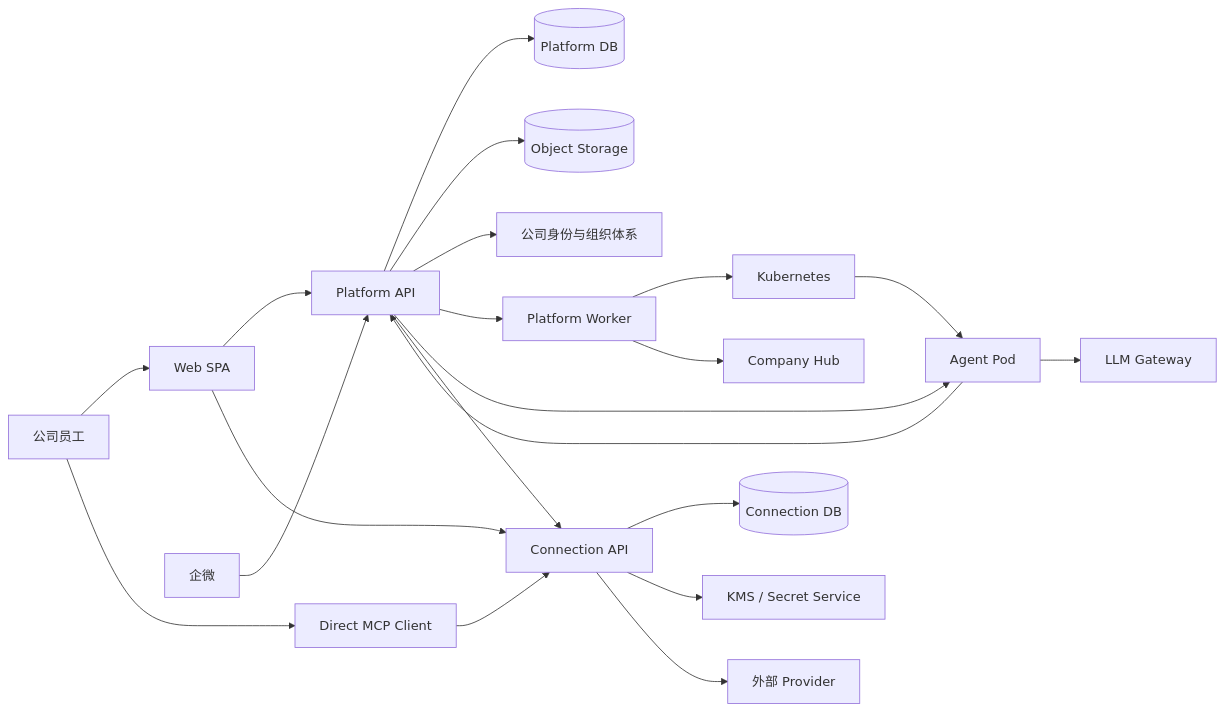
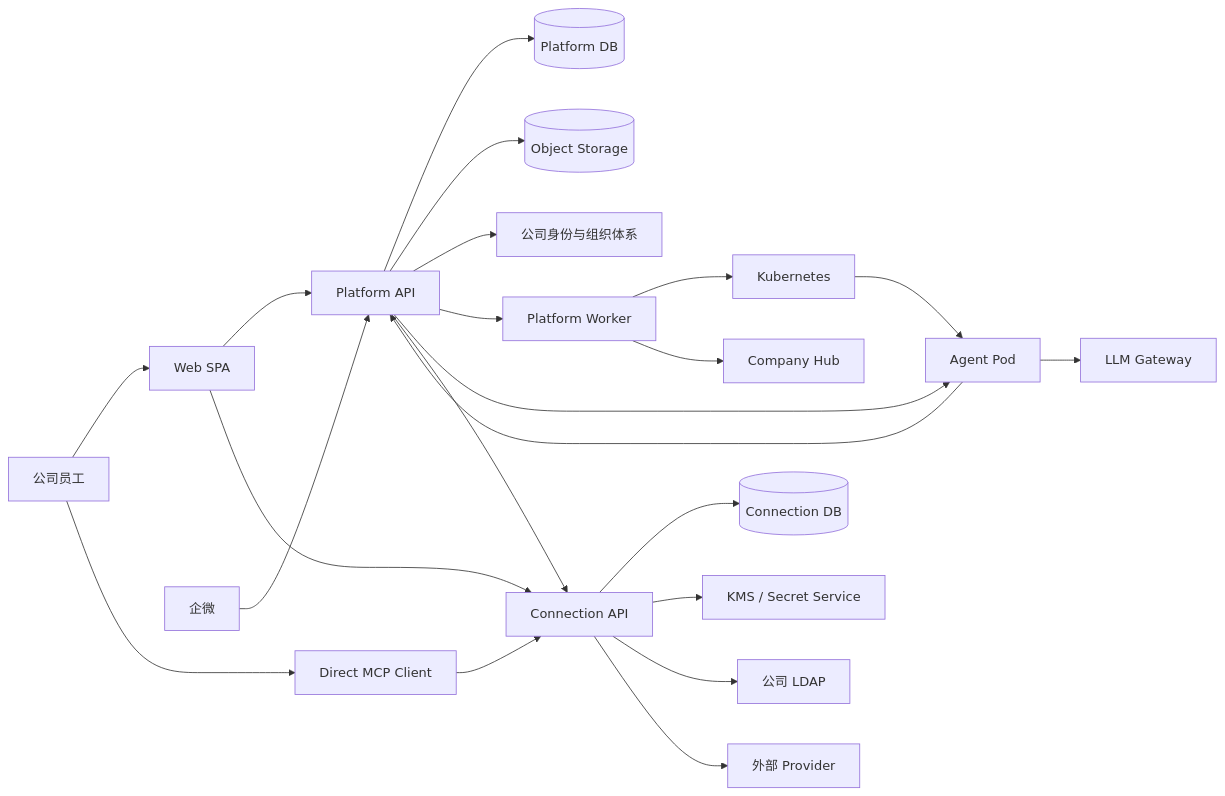
The first of 3 diagrams in docs/architecture/SPEC-agent-infra-M1-engineering-architecture.md (AgoraIO-Extensions/agent-infra), drawn with Mermaid before and after one commit. The commit also changed other lines of this file and 113 other files, not shown here.

````diff
--- a/docs/architecture/SPEC-agent-infra-M1-engineering-architecture.md
+++ b/docs/architecture/SPEC-agent-infra-M1-engineering-architecture.md
@@ -82,27 +86,28 @@
 ```mermaid
 flowchart LR
     U[公司员工] --> W[Web SPA]
     U --> MC[Direct MCP Client]
     QW[企微] --> PA[Platform API]
     W --> PA
     W --> CA[Connection API]
     MC --> CA
 
     PA --> PD[(Platform DB)]
     PA --> OS[(Object Storage)]
     PA --> IDP[公司身份与组织体系]
     PA --> PW[Platform Worker]
 
     PW --> K8S[Kubernetes]
     K8S --> AP[Agent Pod]
     PA --> AP
 
     AP --> PA
     PA --> CA
     CA --> CD[(Connection DB)]
     CA --> KMS[KMS / Secret Service]
+    CA --> LDAP[公司 LDAP]
     CA --> EXT[外部 Provider]
 
     AP --> LLM[LLM Gateway]
     PW --> HUB[Company Hub]
 ```
````
